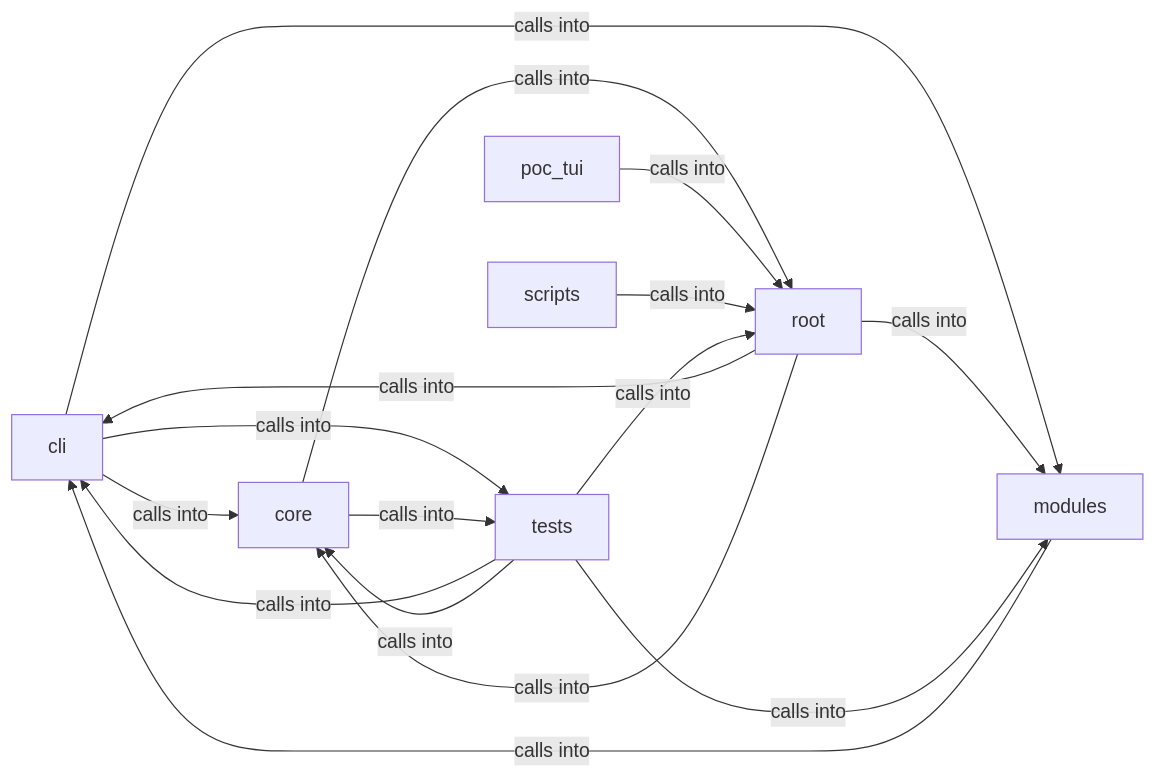
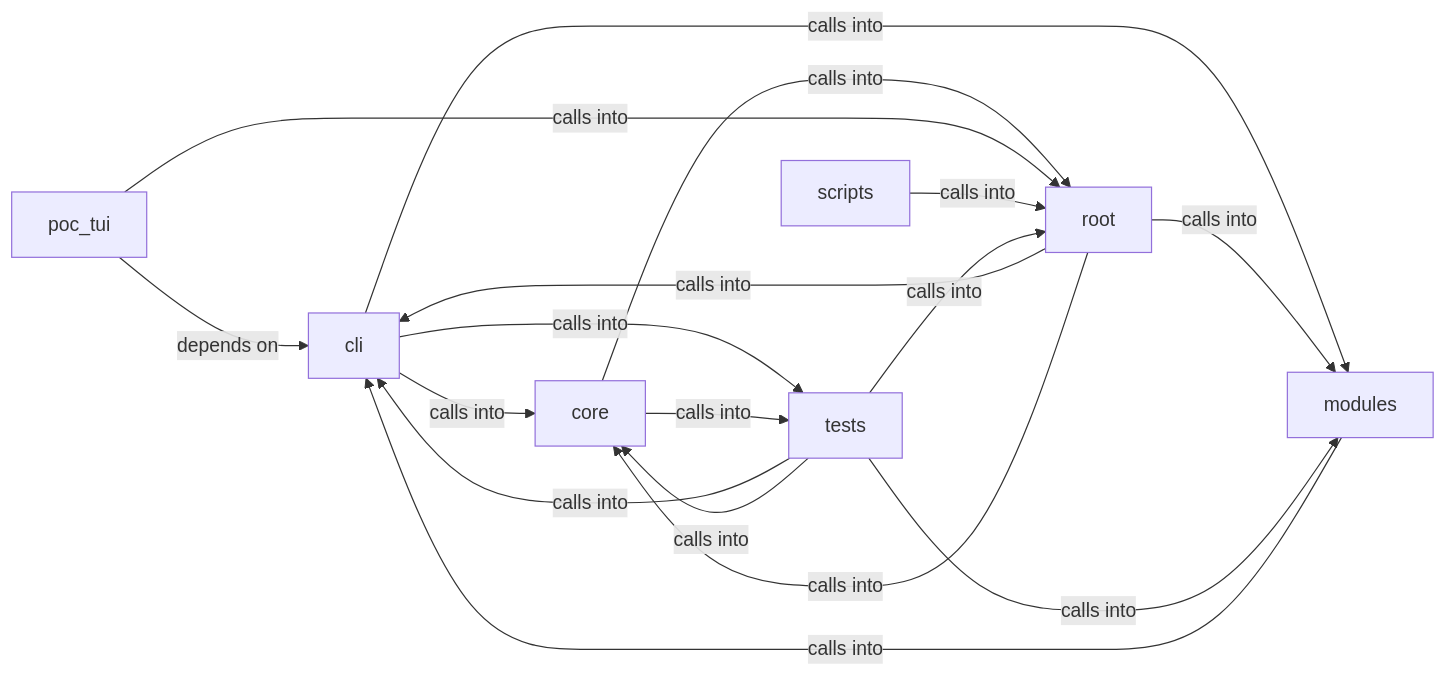
The diagram in readmenator-diagrams/cli.md (grisuno/LazyOwn), drawn with Mermaid before and after one commit. The commit also changed other lines of this file and 258 other files, not shown here.

````diff
--- a/readmenator-diagrams/cli.md
+++ b/readmenator-diagrams/cli.md
@@ -5,25 +5,26 @@
 ```mermaid
 graph LR
     cli["cli"]
     core["core"]
     modules["modules"]
     poc_tui["poc_tui"]
     root["root"]
     scripts["scripts"]
     tests["tests"]
     cli -- "calls into" --> core
     cli -- "calls into" --> modules
     cli -- "calls into" --> tests
     core -- "calls into" --> root
     core -- "calls into" --> tests
     modules -- "calls into" --> cli
+    poc_tui -- "depends on" --> cli
     poc_tui -- "calls into" --> root
     root -- "calls into" --> cli
     root -- "calls into" --> core
     root -- "calls into" --> modules
     scripts -- "calls into" --> root
     tests -- "calls into" --> cli
     tests -- "calls into" --> core
     tests -- "calls into" --> modules
     tests -- "calls into" --> root
 ```
````
